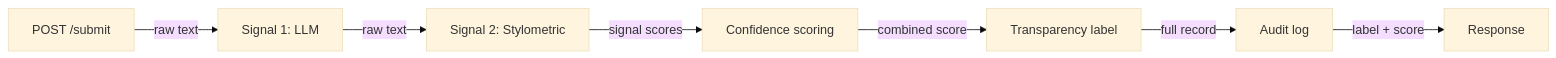
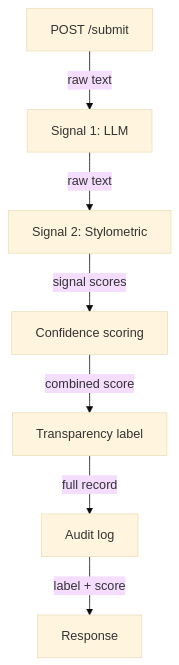
One commit to chauvihue/ai201-project4-provenance-guard changed the first of 2 diagrams in README.md. Above: the diagram before and after it, drawn with Mermaid (base theme). The commit also changed other lines of this file, not shown here.

Commit message:
Changed Architecture diagrams in README.md

````diff
--- a/README.md
+++ b/README.md
@@ -31,9 +31,9 @@
 ```mermaid
-flowchart LR
+flowchart TB
     A["POST /submit"] --> |raw text| B["Signal 1: LLM"]
     B --> |raw text| C["Signal 2: Stylometric"]
     C --> |signal scores| D["Confidence scoring"]
     D --> |combined score| E["Transparency label"]
     E --> |full record| F["Audit log"]
     F --> |label + score| G["Response"]
 ```
````
